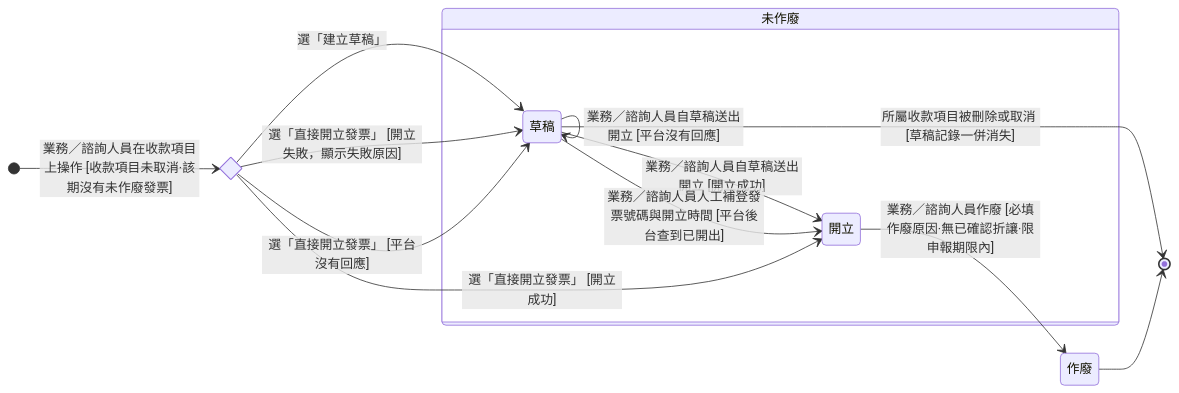
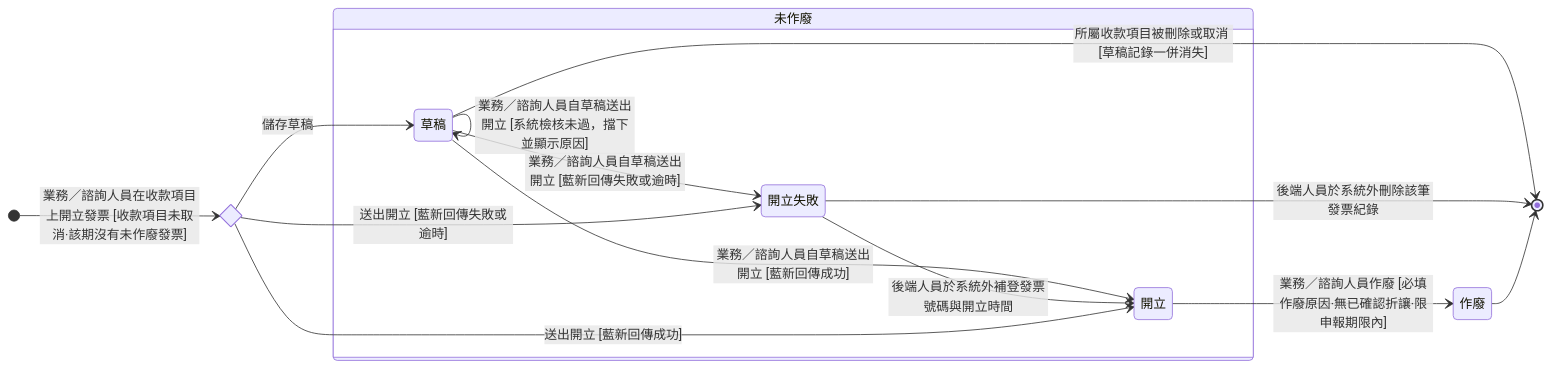
One commit to Kawato-Miles/erp-spec changed the diagram in memory/Sens_wiki/wiki/erp/06-state-machines/發票狀態.md. Above: the diagram before and after it, drawn with Mermaid. The commit also changed other lines of this file and 23 other files, not shown here.

````diff
--- a/memory/Sens_wiki/wiki/erp/06-state-machines/發票狀態.md
+++ b/memory/Sens_wiki/wiki/erp/06-state-machines/發票狀態.md
@@ -37,27 +39,28 @@
 ```mermaid
 stateDiagram-v2
     direction LR
 
     state c_entry <<choice>>
-    [*] --> c_entry : 業務／諮詢人員在收款項目上操作 [收款項目未取消·該期沒有未作廢發票]
+    [*] --> c_entry : 業務／諮詢人員在收款項目上開立發票 [收款項目未取消·該期沒有未作廢發票]
 
     state "未作廢" as g_active {
         direction LR
         state "草稿" as s_draft
         state "開立" as s_issued
-        s_draft --> s_issued : 業務／諮詢人員自草稿送出開立 [開立成功]
-        s_draft --> s_draft : 業務／諮詢人員自草稿送出開立 [開立失敗，更新失敗原因]
-        s_draft --> s_draft : 業務／諮詢人員自草稿送出開立 [平台沒有回應]
-        s_draft --> s_issued : 業務／諮詢人員人工補登發票號碼與開立時間 [平台後台查到已開出]
+        state "開立失敗" as s_failed
+        s_draft --> s_draft : 業務／諮詢人員自草稿送出開立 [系統檢核未過，擋下並顯示原因]
+        s_draft --> s_issued : 業務／諮詢人員自草稿送出開立 [藍新回傳成功]
+        s_draft --> s_failed : 業務／諮詢人員自草稿送出開立 [藍新回傳失敗或逾時]
+        s_failed --> s_issued : 後端人員於系統外補登發票號碼與開立時間
     }
     state "作廢" as s_void
 
-    c_entry --> s_draft : 選「建立草稿」
-    c_entry --> s_issued : 選「直接開立發票」 [開立成功]
-    c_entry --> s_draft : 選「直接開立發票」 [開立失敗，顯示失敗原因]
-    c_entry --> s_draft : 選「直接開立發票」 [平台沒有回應]
+    c_entry --> s_draft : 儲存草稿
+    c_entry --> s_issued : 送出開立 [藍新回傳成功]
+    c_entry --> s_failed : 送出開立 [藍新回傳失敗或逾時]
 
     s_draft --> [*] : 所屬收款項目被刪除或取消 [草稿記錄一併消失]
+    s_failed --> [*] : 後端人員於系統外刪除該筆發票紀錄
     s_issued --> s_void : 業務／諮詢人員作廢 [必填作廢原因·無已確認折讓·限申報期限內]
     s_void --> [*]
 ```
````
